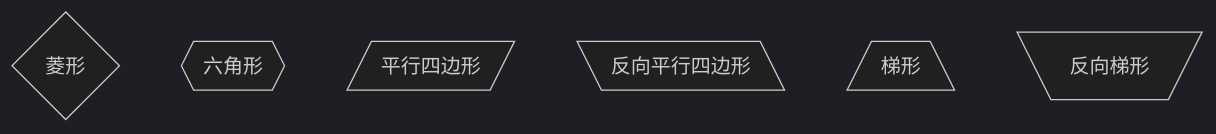
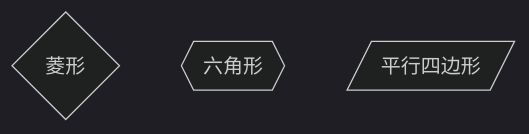
Before and after one commit to rockyzhao5421/notes: the tenth of 12 diagrams in mermaid.md, drawn with Mermaid (dark theme). The commit also changed other lines of this file, not shown here.

````diff
--- a/mermaid.md
+++ b/mermaid.md
@@ -175,11 +184,8 @@
 ```mermaid
 
 graph
 	id1{菱形}
 	id2{{六角形}}
 	id3[/平行四边形/]
-	id4[\反向平行四边形\]
-	id5[/梯形\]
-	id6[\反向梯形/]
 
 ```
````
